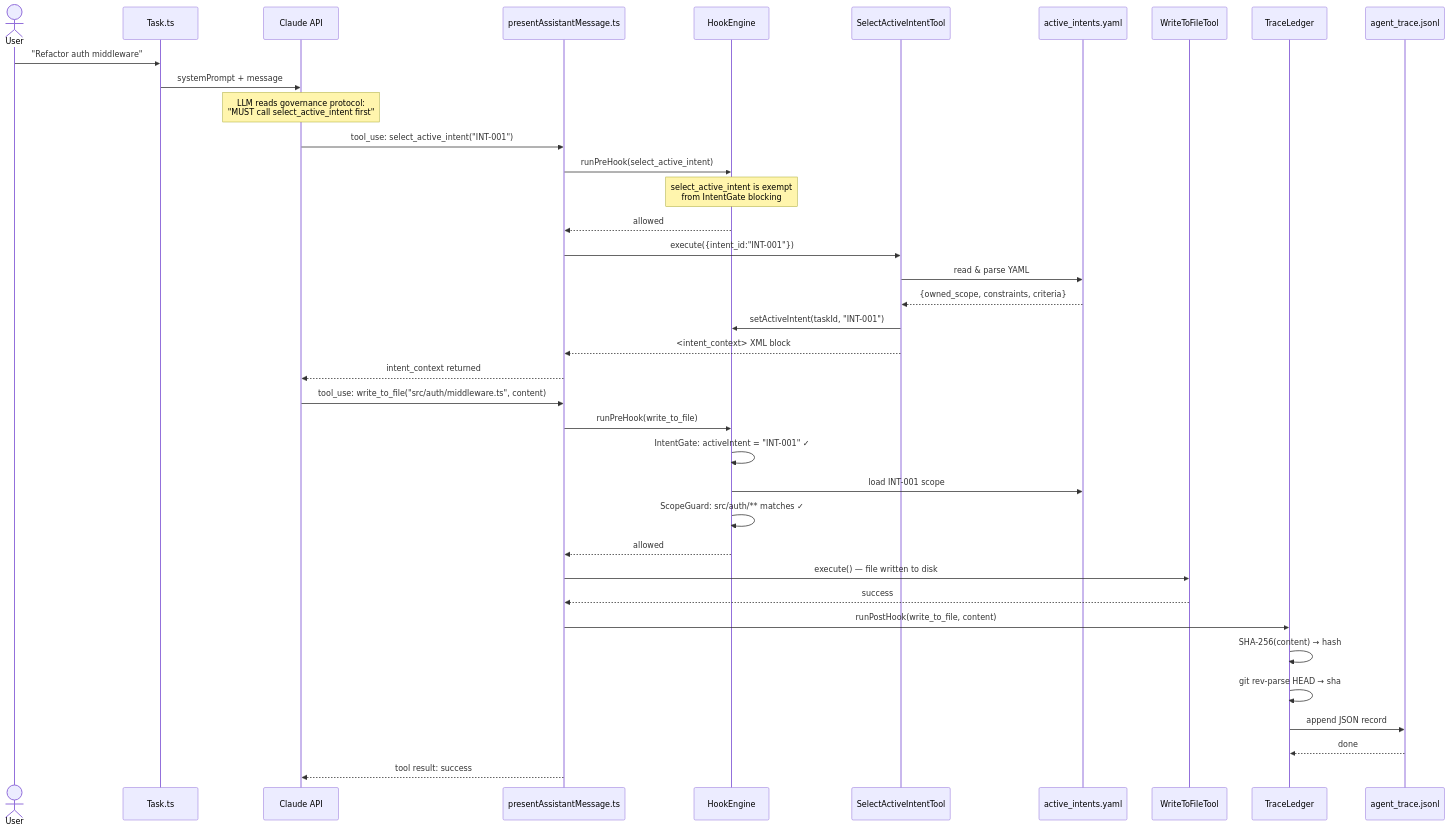
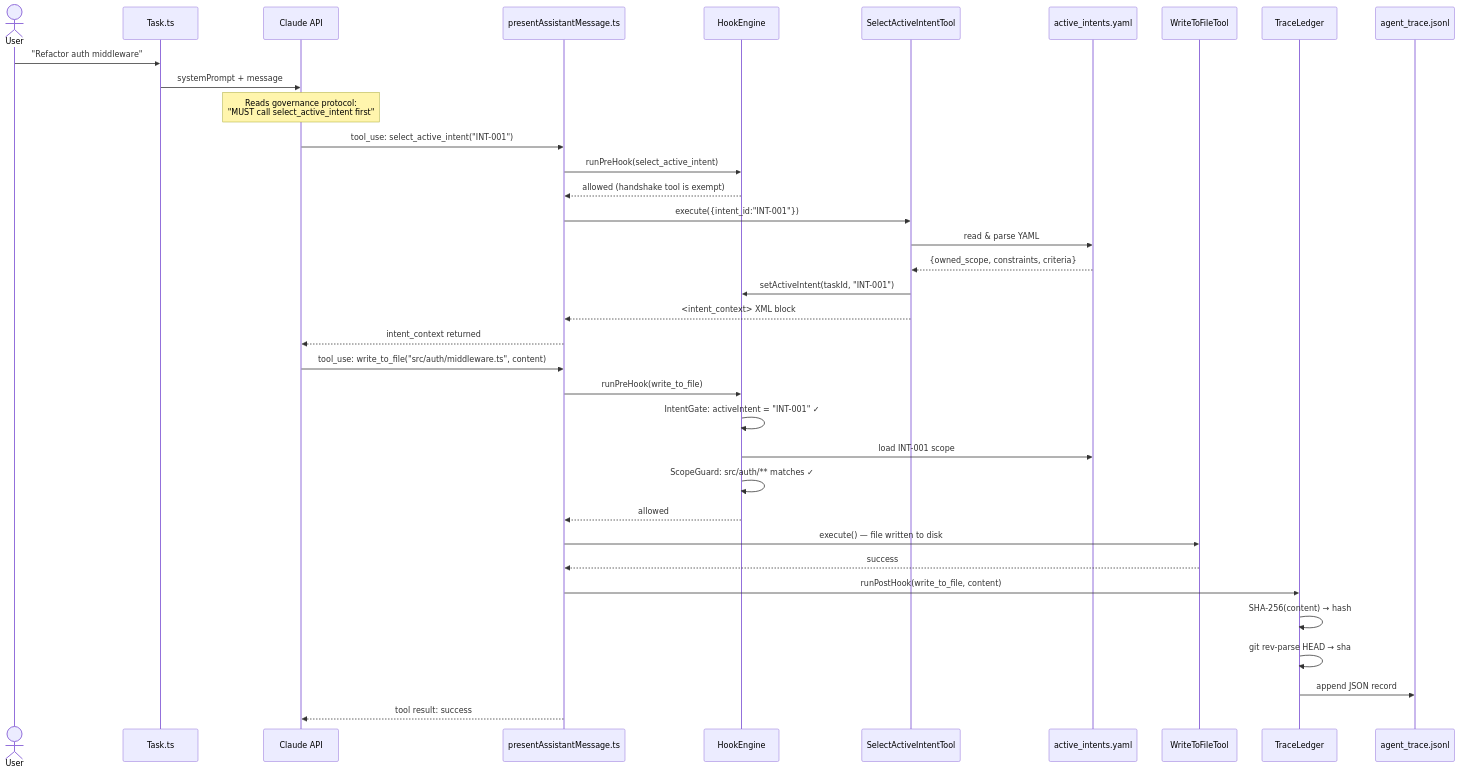
The second of 10 diagrams in ARCHITECTURE_NOTES.md (RooCodeInc/Roo-Code), drawn with Mermaid before and after one commit. The commit also changed other lines of this file, not shown here.

Commit message:
docs: restructure ARCHITECTURE_NOTES.md with professional format, tables, and 10 Mermaid diagrams

````diff
--- a/ARCHITECTURE_NOTES.md
+++ b/ARCHITECTURE_NOTES.md
@@ -361,42 +135,40 @@
 ```mermaid
 sequenceDiagram
     actor User
     participant Task as Task.ts
     participant LLM as Claude API
     participant PAM as presentAssistantMessage.ts
     participant HE as HookEngine
     participant SAI as SelectActiveIntentTool
     participant AY as active_intents.yaml
     participant WTF as WriteToFileTool
     participant TL as TraceLedger
     participant JSONL as agent_trace.jsonl
 
     User->>Task: "Refactor auth middleware"
     Task->>LLM: systemPrompt + message
-    Note over LLM: LLM reads governance protocol:<br/>"MUST call select_active_intent first"
+    Note over LLM: Reads governance protocol:<br/>"MUST call select_active_intent first"
     LLM->>PAM: tool_use: select_active_intent("INT-001")
     PAM->>HE: runPreHook(select_active_intent)
-    Note over HE: select_active_intent is exempt<br/>from IntentGate blocking
-    HE-->>PAM: allowed
+    HE-->>PAM: allowed (handshake tool is exempt)
     PAM->>SAI: execute({intent_id:"INT-001"})
     SAI->>AY: read & parse YAML
     AY-->>SAI: {owned_scope, constraints, criteria}
     SAI->>HE: setActiveIntent(taskId, "INT-001")
     SAI-->>PAM: <intent_context> XML block
     PAM-->>LLM: intent_context returned
 
     LLM->>PAM: tool_use: write_to_file("src/auth/middleware.ts", content)
     PAM->>HE: runPreHook(write_to_file)
     HE->>HE: IntentGate: activeIntent = "INT-001" ✓
     HE->>AY: load INT-001 scope
     HE->>HE: ScopeGuard: src/auth/** matches ✓
     HE-->>PAM: allowed
     PAM->>WTF: execute() — file written to disk
     WTF-->>PAM: success
     PAM->>TL: runPostHook(write_to_file, content)
     TL->>TL: SHA-256(content) → hash
     TL->>TL: git rev-parse HEAD → sha
     TL->>JSONL: append JSON record
-    JSONL-->>TL: done
     PAM-->>LLM: tool result: success
 ```
````
